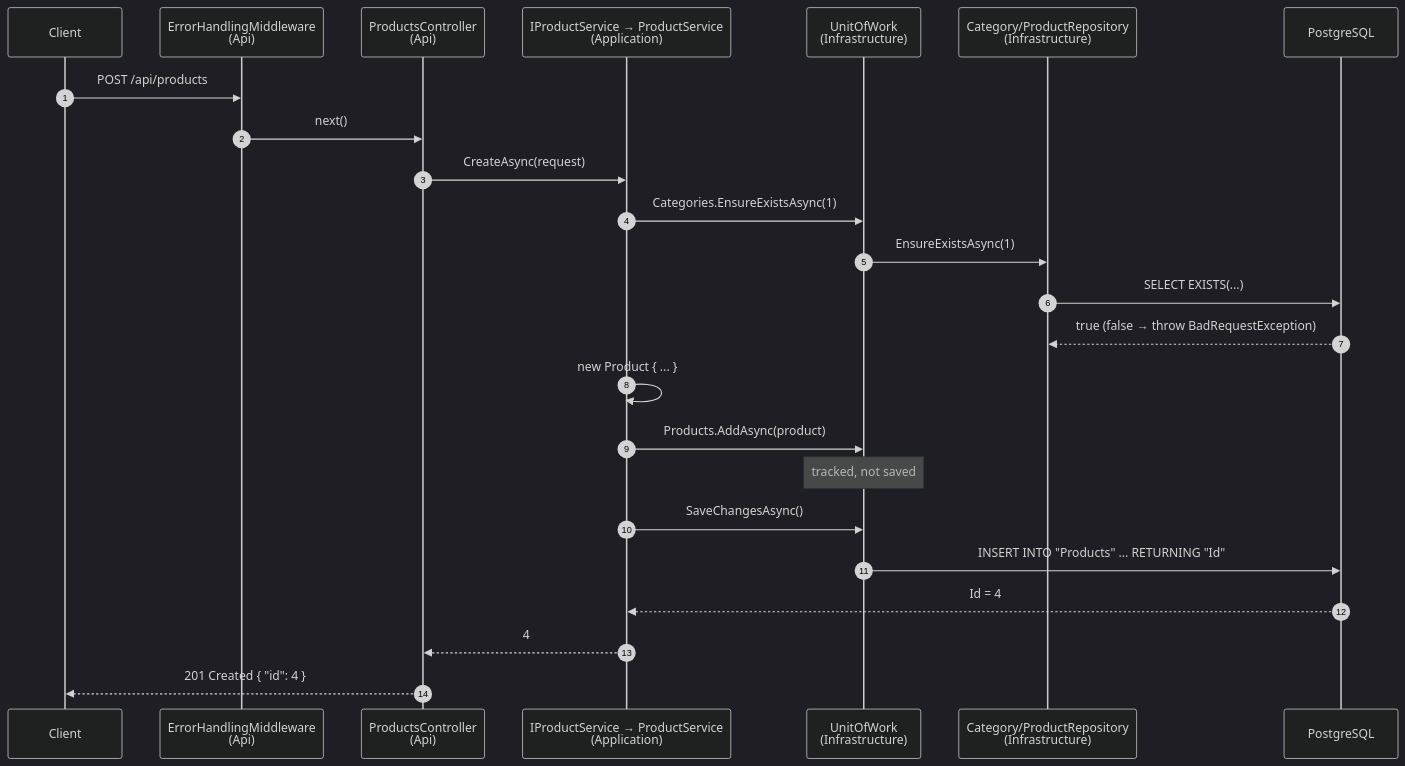
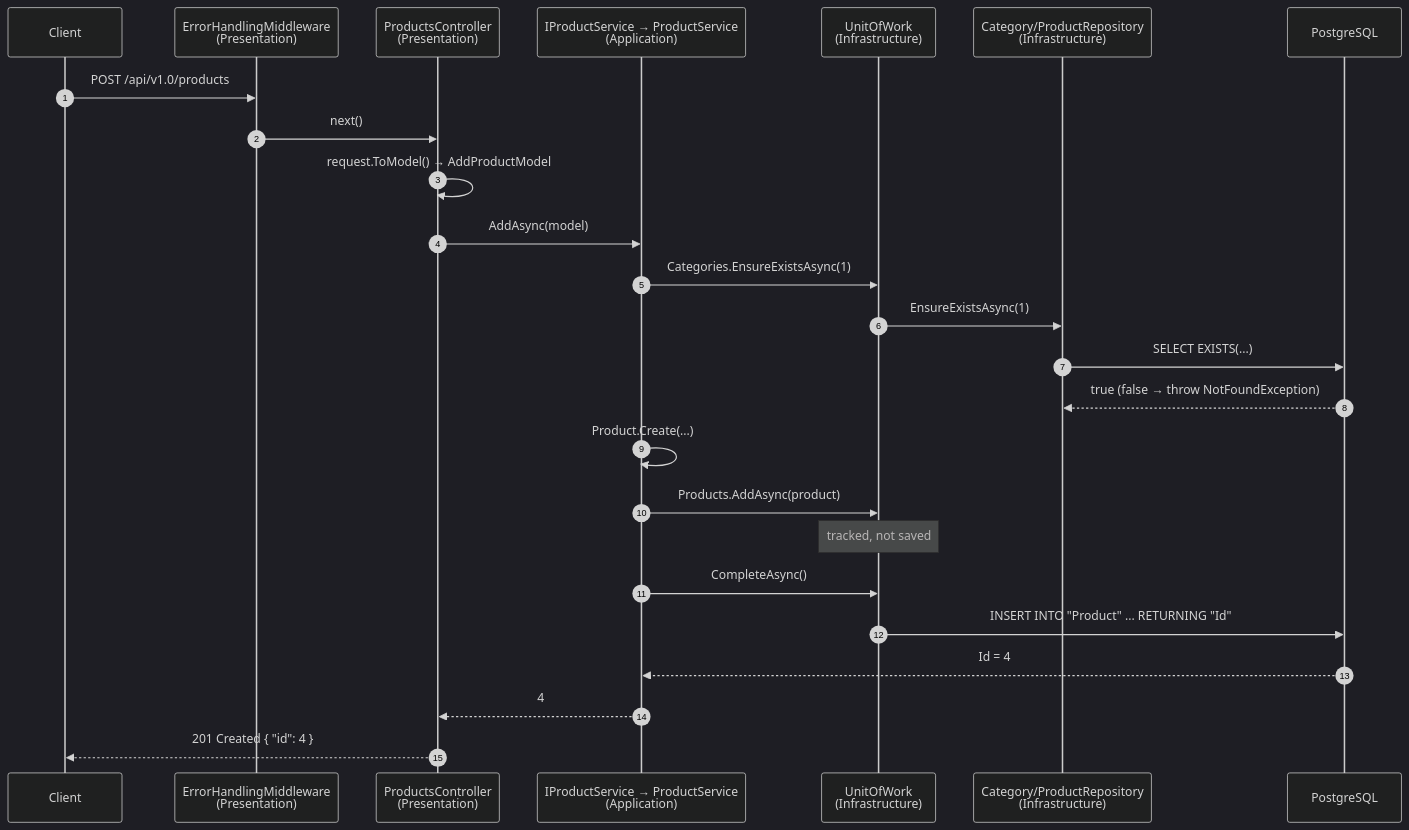
Before and after one commit to wesamkhateeb98-creator/clean-architecture-uow-repository: the first of 2 diagrams in docs/04-putting-it-together.md, drawn with Mermaid (dark theme). The commit also changed other lines of this file and 73 other files, not shown here.

Commit message:
refactor: align Shop.Demo with clean-architecture template (Abstracts, IEntity, CompleteAsync/Transaction, Presentation layer)

````diff
--- a/docs/04-putting-it-together.md
+++ b/docs/04-putting-it-together.md
@@ -6,27 +6,28 @@
 ```mermaid
 sequenceDiagram
     autonumber
     participant Client
-    participant MW as ErrorHandlingMiddleware<br/>(Api)
-    participant Ctrl as ProductsController<br/>(Api)
+    participant MW as ErrorHandlingMiddleware<br/>(Presentation)
+    participant Ctrl as ProductsController<br/>(Presentation)
     participant Svc as IProductService → ProductService<br/>(Application)
     participant UoW as UnitOfWork<br/>(Infrastructure)
     participant Repo as Category/ProductRepository<br/>(Infrastructure)
     participant DB as PostgreSQL
 
-    Client->>MW: POST /api/products
+    Client->>MW: POST /api/v1.0/products
     MW->>Ctrl: next()
-    Ctrl->>Svc: CreateAsync(request)
+    Ctrl->>Ctrl: request.ToModel() → AddProductModel
+    Ctrl->>Svc: AddAsync(model)
     Svc->>UoW: Categories.EnsureExistsAsync(1)
     UoW->>Repo: EnsureExistsAsync(1)
     Repo->>DB: SELECT EXISTS(...)
-    DB-->>Repo: true (false → throw BadRequestException)
-    Svc->>Svc: new Product { ... }
+    DB-->>Repo: true (false → throw NotFoundException)
+    Svc->>Svc: Product.Create(...)
     Svc->>UoW: Products.AddAsync(product)
     Note over UoW: tracked, not saved
-    Svc->>UoW: SaveChangesAsync()
-    UoW->>DB: INSERT INTO "Products" ... RETURNING "Id"
+    Svc->>UoW: CompleteAsync()
+    UoW->>DB: INSERT INTO "Product" ... RETURNING "Id"
     DB-->>Svc: Id = 4
     Svc-->>Ctrl: 4
     Ctrl-->>Client: 201 Created  { "id": 4 }
 ```
````
